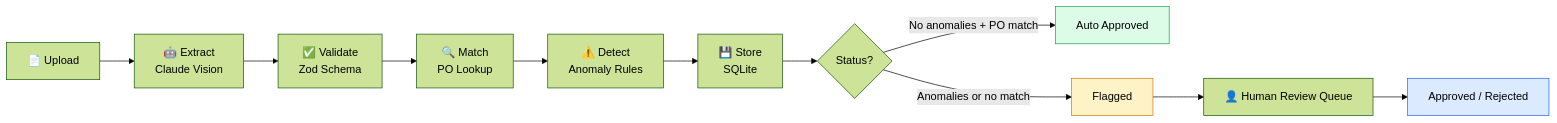
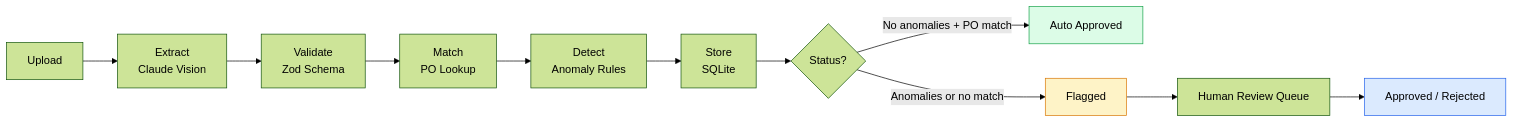
One commit to martin-minghetti/invoice-processor changed the diagram in README.md. Above: the diagram before and after it, drawn with Mermaid (forest theme). The commit also changed other lines of this file, not shown here.

````diff
--- a/README.md
+++ b/README.md
@@ -11,17 +46,17 @@
 ```mermaid
 flowchart LR
-    A[📄 Upload] --> B[🤖 Extract\nClaude Vision]
-    B --> C[✅ Validate\nZod Schema]
-    C --> D[🔍 Match\nPO Lookup]
-    D --> E[⚠️ Detect\nAnomaly Rules]
-    E --> F[💾 Store\nSQLite]
+    A[Upload] --> B[Extract\nClaude Vision]
+    B --> C[Validate\nZod Schema]
+    C --> D[Match\nPO Lookup]
+    D --> E[Detect\nAnomaly Rules]
+    E --> F[Store\nSQLite]
     F --> G{Status?}
     G -->|No anomalies + PO match| H[Auto Approved]
     G -->|Anomalies or no match| I[Flagged]
-    I --> J[👤 Human Review Queue]
+    I --> J[Human Review Queue]
     J --> K[Approved / Rejected]
 
     style H fill:#dcfce7,stroke:#16a34a,color:#000
     style I fill:#fef3c7,stroke:#d97706,color:#000
     style K fill:#dbeafe,stroke:#2563eb,color:#000
 ```
````
